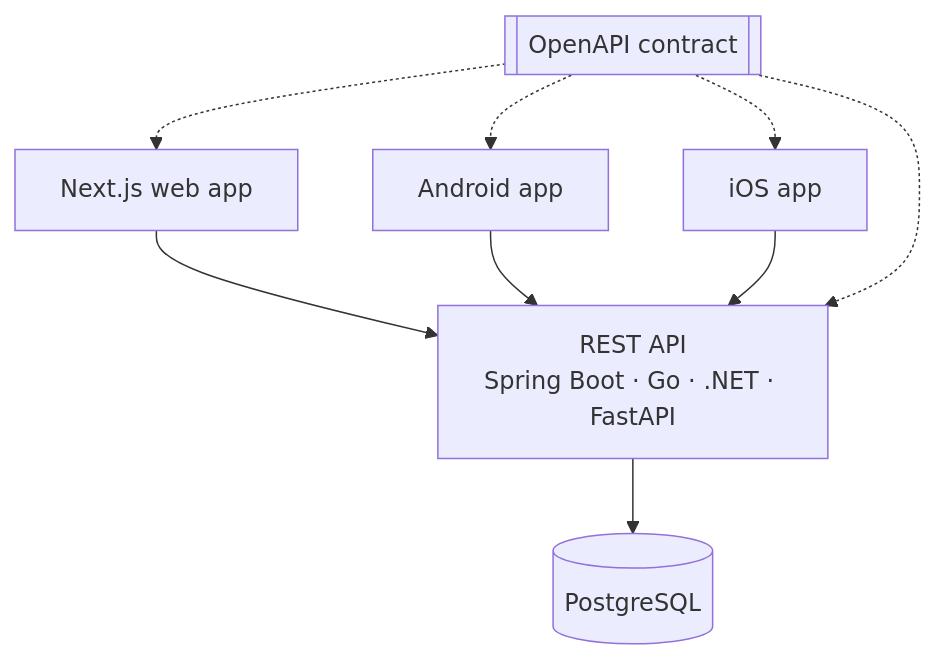
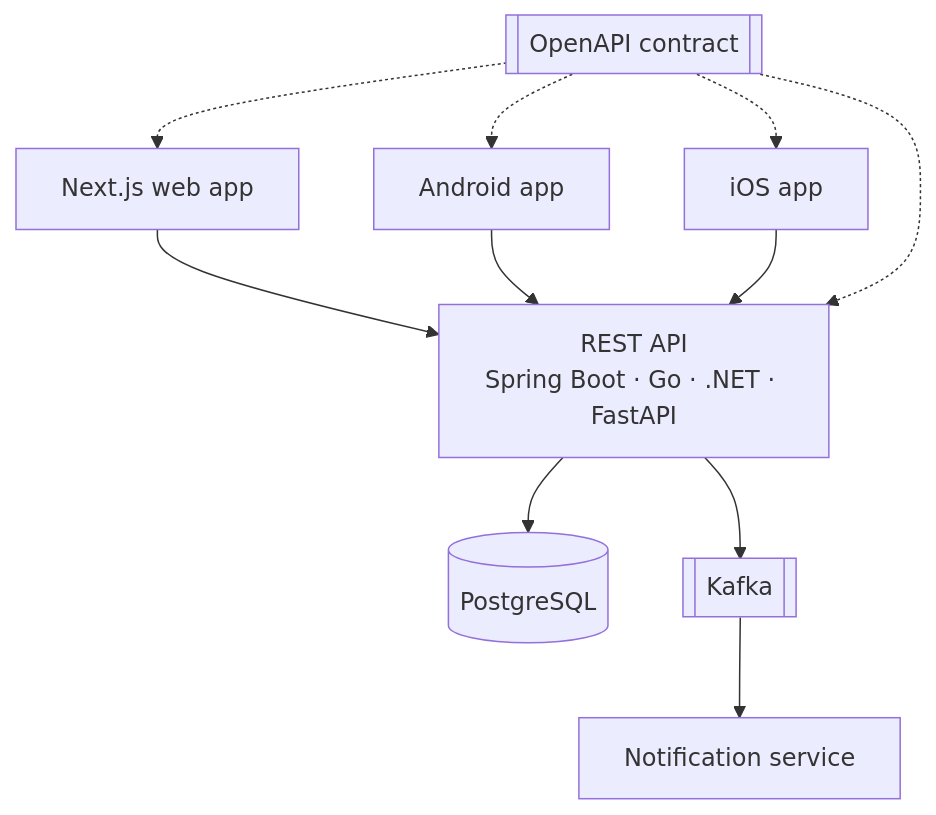
The diagram in README.md (mggokmen/mustafagokselgokmen), drawn with Mermaid before and after one commit. The commit also changed other lines of this file and 48 other files, not shown here.

First line of the commit message:
feat(notification): notify on contact message events in a separate service

````diff
--- a/README.md
+++ b/README.md
@@ -20,11 +20,13 @@
 ```mermaid
 flowchart TB
     web[Next.js web app] --> api
     android[Android app] --> api
     ios[iOS app] --> api
     api[REST API<br/>Spring Boot · Go · .NET · FastAPI] --> db[(PostgreSQL)]
+    api --> kafka[[Kafka]]
+    kafka --> notification[Notification service]
     contract[[OpenAPI contract]] -.-> api
     contract -.-> web
     contract -.-> android
     contract -.-> ios
 ```
````
